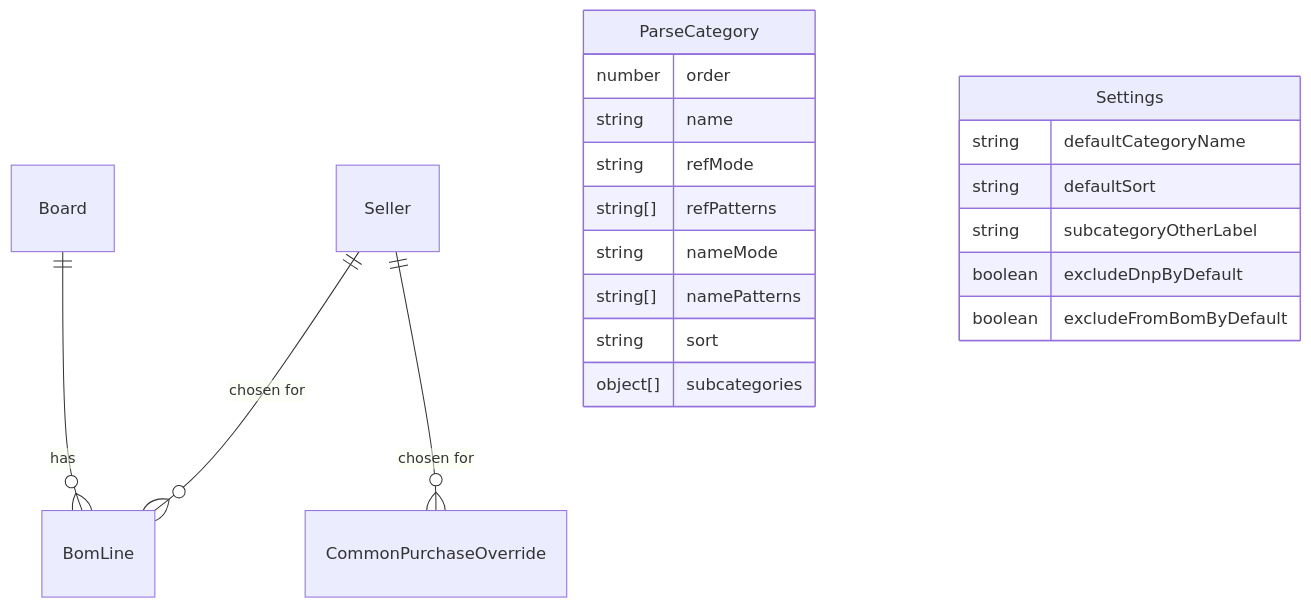
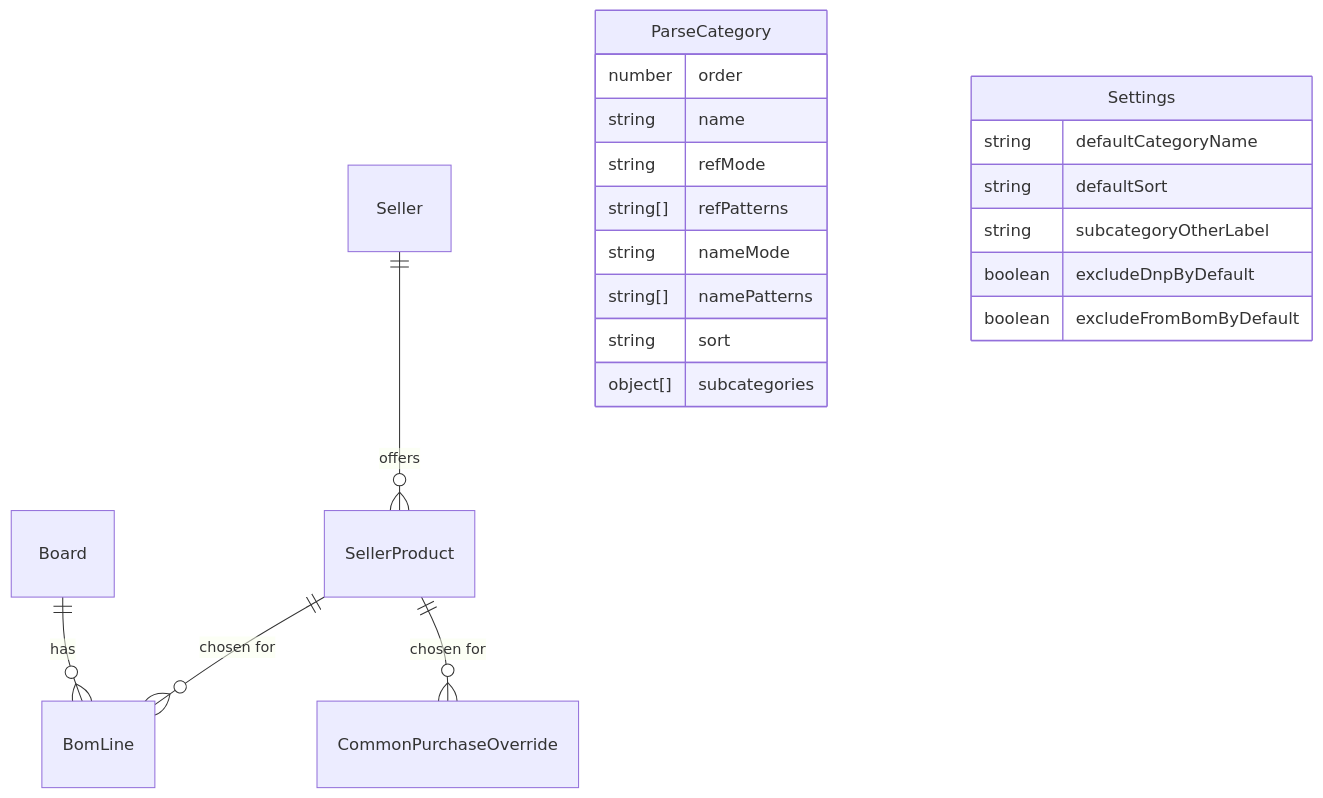
Before and after one commit to GrandFatherPikhto/BOMGenerator: the diagram in docs/data-model.md, drawn with Mermaid. The commit also changed other lines of this file and 4 other files, not shown here.

````diff
--- a/docs/data-model.md
+++ b/docs/data-model.md
@@ -5,23 +5,24 @@
 ```mermaid
 erDiagram
     Board ||--o{ BomLine : "has"
-    Seller ||--o{ BomLine : "chosen for"
-    Seller ||--o{ CommonPurchaseOverride : "chosen for"
+    Seller ||--o{ SellerProduct : "offers"
+    SellerProduct ||--o{ BomLine : "chosen for"
+    SellerProduct ||--o{ CommonPurchaseOverride : "chosen for"
     ParseCategory {
         number order
         string name
         string refMode
         string[] refPatterns
         string nameMode
         string[] namePatterns
         string sort
         object[] subcategories
     }
     Settings {
         string defaultCategoryName
         string defaultSort
         string subcategoryOtherLabel
         boolean excludeDnpByDefault
         boolean excludeFromBomByDefault
     }
 ```
````
